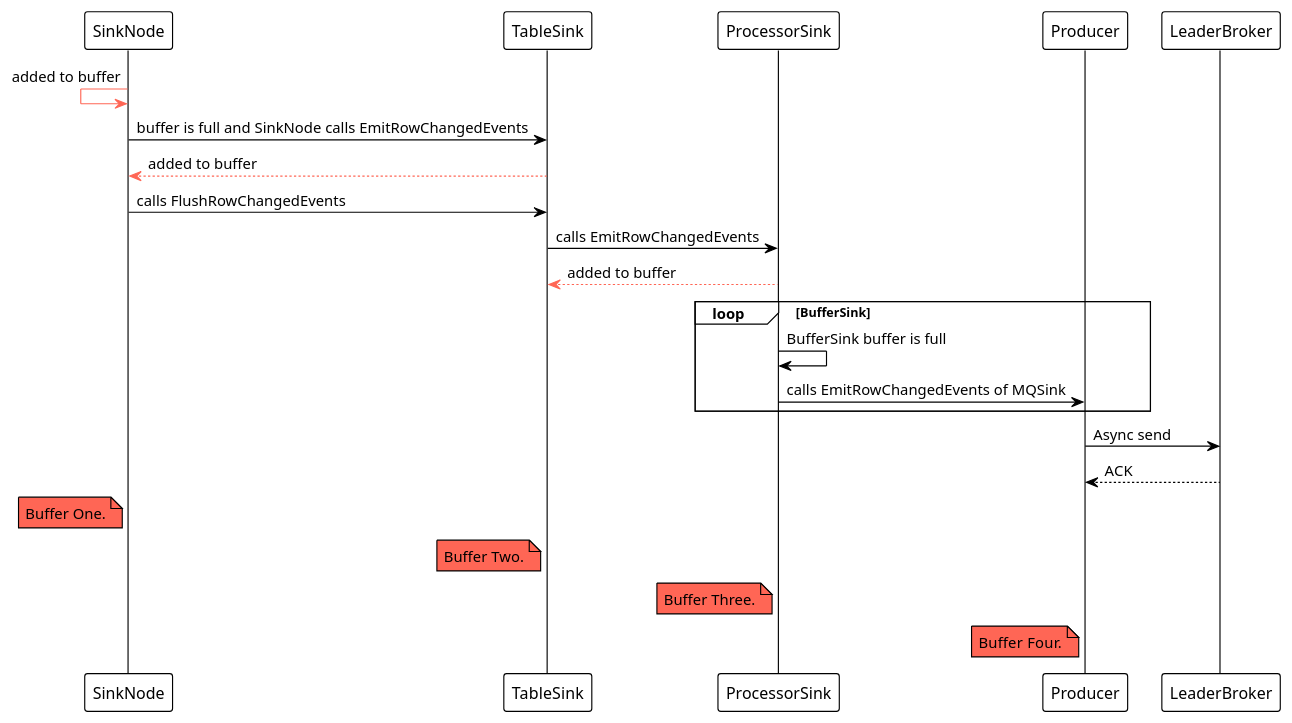
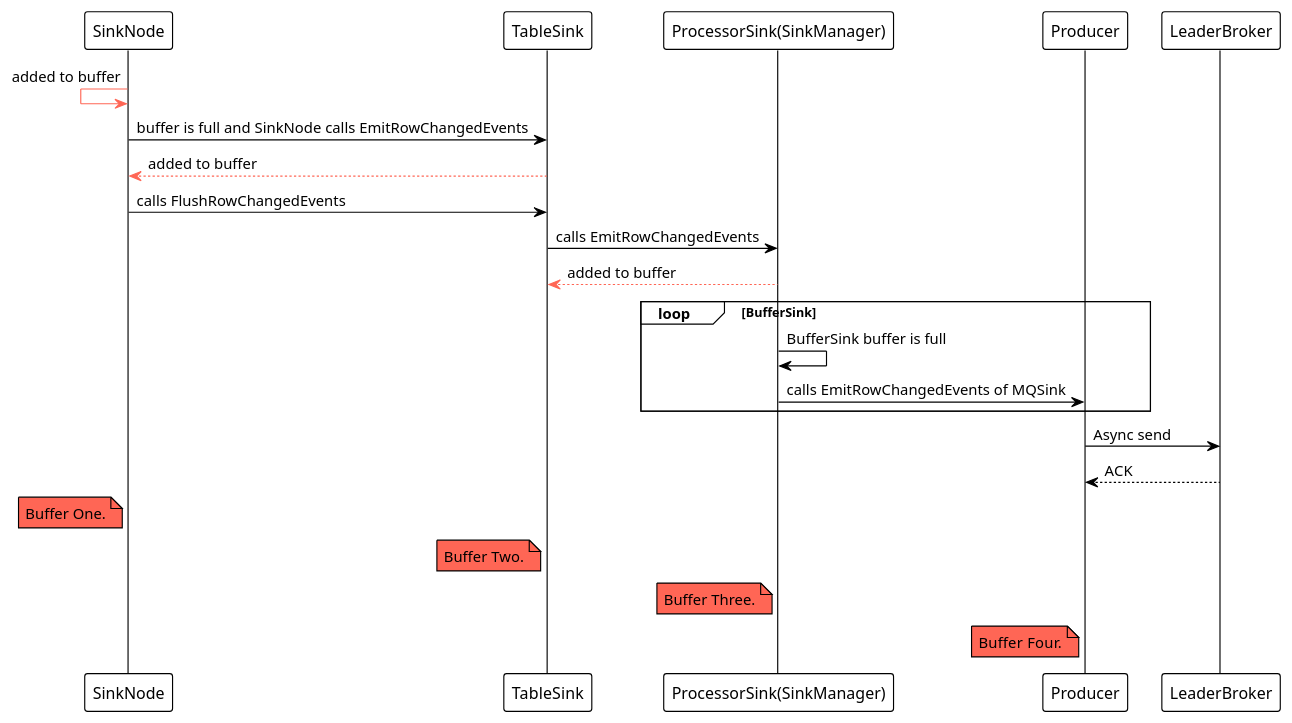
The fifth of 8 diagrams in ticdc-new-sink.slide/slides.md (0xPoe/talks), drawn with PlantUML before and after one commit.

Commit message:
Add more info

````diff
--- a/ticdc-new-sink.slide/slides.md
+++ b/ticdc-new-sink.slide/slides.md
@@ -389,34 +389,34 @@
 ```plantuml {scale: 0.9}
 @startuml
 !theme plain
 SinkNode <[bold,#FF6655]- SinkNode: added to buffer
 SinkNode -> TableSink: buffer is full and SinkNode calls EmitRowChangedEvents
 SinkNode <-[bold,#FF6655]- TableSink: added to buffer
 SinkNode -> TableSink: calls FlushRowChangedEvents
-TableSink -> ProcessorSink: calls EmitRowChangedEvents
-TableSink <-[bold,#FF6655]- ProcessorSink: added to buffer
+TableSink -> "ProcessorSink(SinkManager)": calls EmitRowChangedEvents
+TableSink <-[bold,#FF6655]- "ProcessorSink(SinkManager)": added to buffer
 loop BufferSink
-  ProcessorSink -> ProcessorSink: BufferSink buffer is full
-  ProcessorSink -> Producer: calls EmitRowChangedEvents of MQSink
+  "ProcessorSink(SinkManager)" -> "ProcessorSink(SinkManager)": BufferSink buffer is full
+  "ProcessorSink(SinkManager)" -> Producer: calls EmitRowChangedEvents of MQSink
 end
 Producer -> LeaderBroker: Async send
 Producer <-- LeaderBroker: ACK
 
 
 note left of SinkNode #FF6655
   Buffer One.
 end note
 
 note left of TableSink #FF6655
   Buffer Two.
 end note
 
-note left of ProcessorSink #FF6655
+note left of "ProcessorSink(SinkManager)" #FF6655
   Buffer Three.
 end note
 
 note left of Producer #FF6655
   Buffer Four.
 end note
 @enduml
 ```
````
